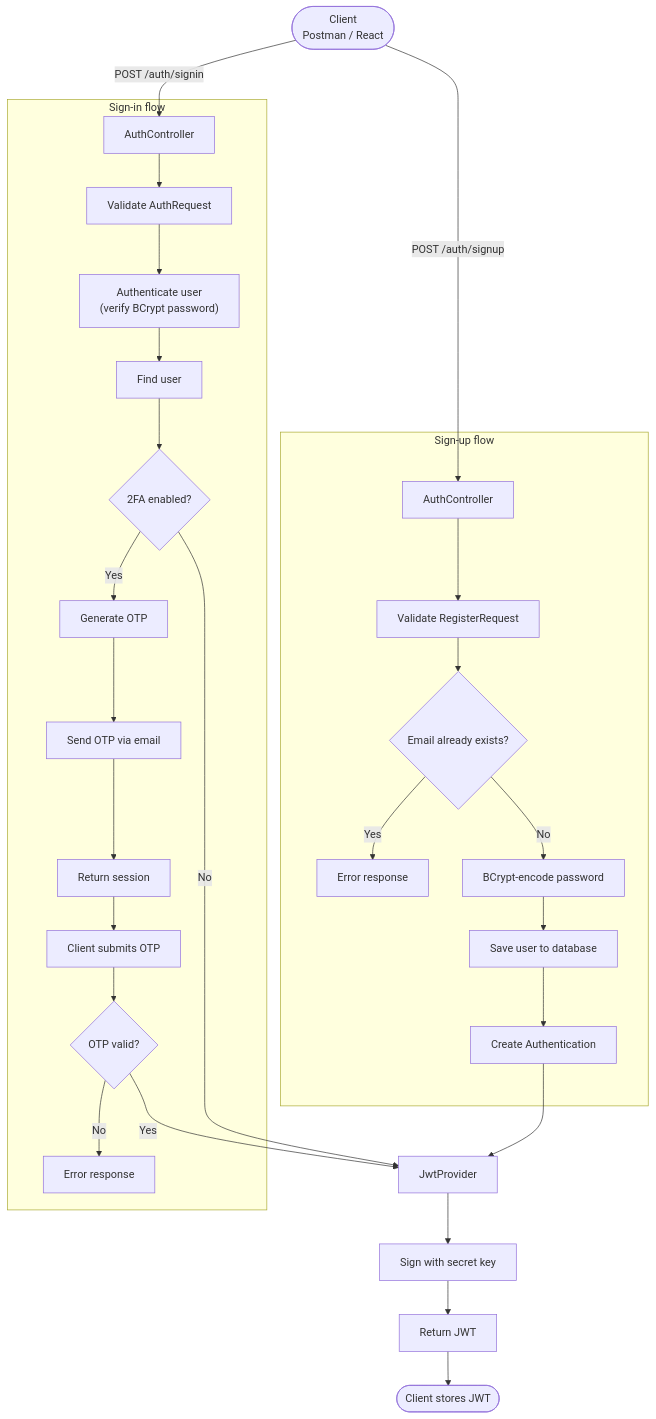
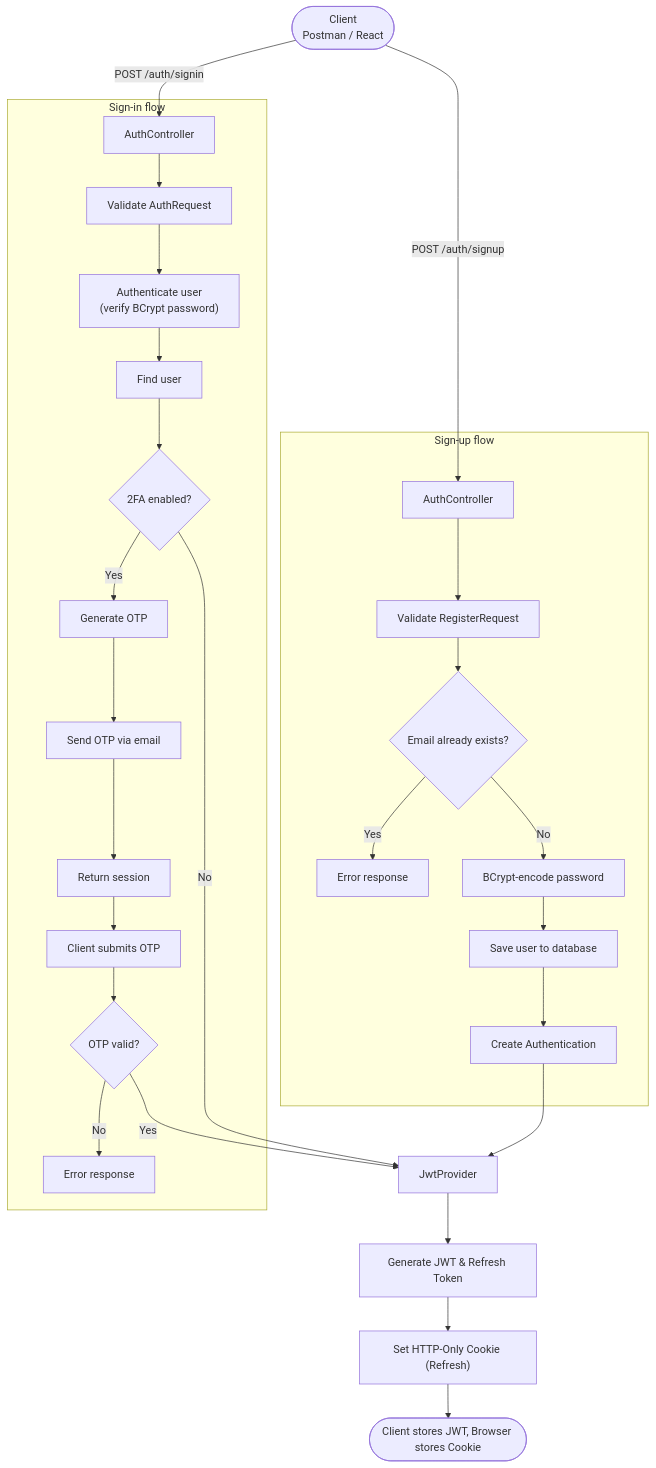
The second of 3 diagrams in README.md (Biikash1/TradeForge), drawn with Mermaid before and after one commit. The commit also changed other lines of this file, not shown here.

````diff
--- a/README.md
+++ b/README.md
@@ -78,37 +171,38 @@
 ```mermaid
 flowchart TD
     C(["Client<br/>Postman / React"])
 
     C -->|"POST /auth/signup"| S1["AuthController"]
     C -->|"POST /auth/signin"| L1["AuthController"]
 
     subgraph SIGNUP ["Sign-up flow"]
         S1 --> S2["Validate RegisterRequest"]
         S2 --> S3{"Email already exists?"}
         S3 -->|Yes| SE["Error response"]
         S3 -->|No| S4["BCrypt-encode password"]
         S4 --> S5["Save user to database"]
         S5 --> S6["Create Authentication"]
     end
 
     subgraph SIGNIN ["Sign-in flow"]
         L1 --> L2["Validate AuthRequest"]
         L2 --> L3["Authenticate user<br/>(verify BCrypt password)"]
         L3 --> L4["Find user"]
         L4 --> L5{"2FA enabled?"}
         L5 -->|Yes| L6["Generate OTP"]
         L6 --> L7["Send OTP via email"]
         L7 --> L8["Return session"]
         L8 --> L9["Client submits OTP"]
         L9 --> L10{"OTP valid?"}
         L10 -->|No| LE["Error response"]
     end
 
     S6 --> J["JwtProvider"]
     L5 -->|No| J
     L10 -->|Yes| J
 
-    J --> J1["Sign with secret key"]
-    J1 --> J2["Return JWT"]
-    J2 --> C2(["Client stores JWT"])
+    J --> J1["Generate JWT & Refresh Token"]
+    J1 --> J2["Set HTTP-Only Cookie (Refresh)"]
+    J2 --> C2(["Client stores JWT, Browser stores Cookie"])
+    
 ```
````
